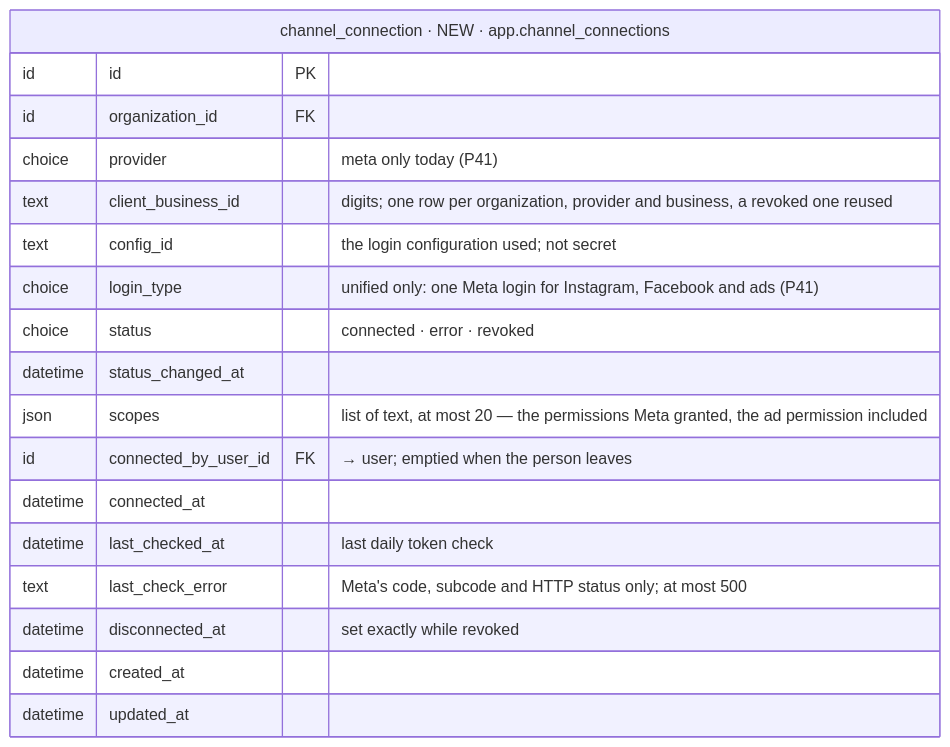
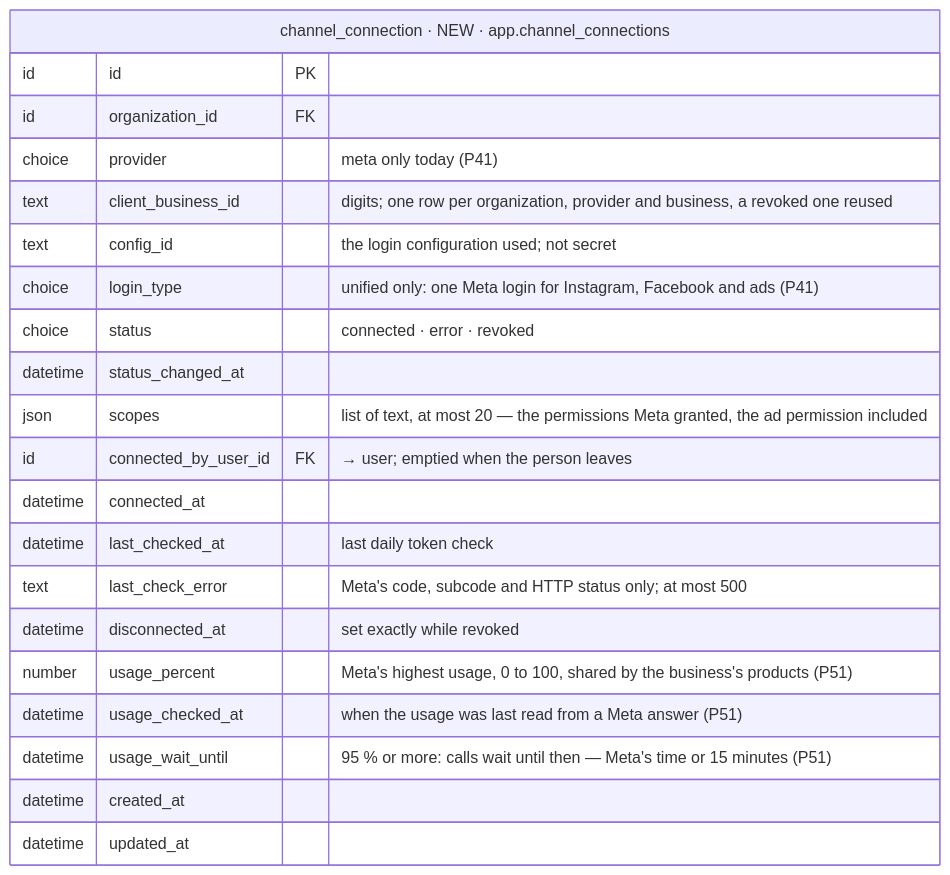
The second of 40 diagrams in iterations/feat-instagram-dm-sending-2026-11-23-oxak/plans/db-changes.md (albetrios/meepzo-be), drawn with Mermaid before and after one commit. The commit also changed other lines of this file and 4 other files, not shown here.

````diff
--- a/iterations/feat-instagram-dm-sending-2026-11-23-oxak/plans/db-changes.md
+++ b/iterations/feat-instagram-dm-sending-2026-11-23-oxak/plans/db-changes.md
@@ -263,21 +276,24 @@
 ```mermaid
 erDiagram
   channel_connection["channel_connection · NEW · app.channel_connections"] {
     id id PK
     id organization_id FK
     choice provider "meta only today (P41)"
     text client_business_id "digits; one row per organization, provider and business, a revoked one reused"
     text config_id "the login configuration used; not secret"
     choice login_type "unified only: one Meta login for Instagram, Facebook and ads (P41)"
     choice status "connected · error · revoked"
     datetime status_changed_at
     json scopes "list of text, at most 20 — the permissions Meta granted, the ad permission included"
     id connected_by_user_id FK "→ user; emptied when the person leaves"
     datetime connected_at
     datetime last_checked_at "last daily token check"
     text last_check_error "Meta's code, subcode and HTTP status only; at most 500"
     datetime disconnected_at "set exactly while revoked"
+    number usage_percent "Meta's highest usage, 0 to 100, shared by the business's products (P51)"
+    datetime usage_checked_at "when the usage was last read from a Meta answer (P51)"
+    datetime usage_wait_until "95 % or more: calls wait until then — Meta's time or 15 minutes (P51)"
     datetime created_at
     datetime updated_at
   }
 ```
````
